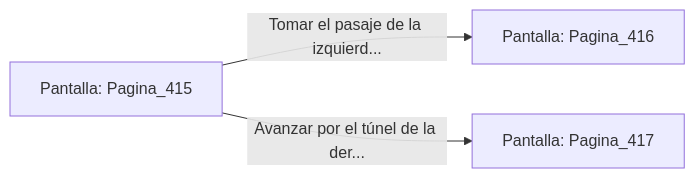
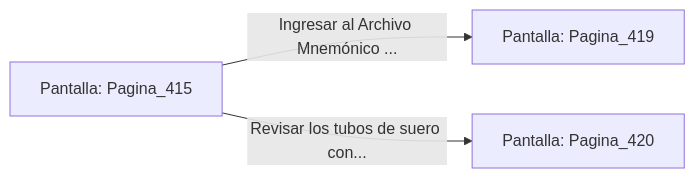
Before and after one commit to metsuke/mpl: the diagram in sample/eligejuego-vault/Pantalla_Pagina_415.md, drawn with Mermaid. The commit also changed other lines of this file and 635 other files, not shown here.

First line of the commit message:
fix: añadir Pagina_1 como pantalla inicial en capitulo_01.mpl

````diff
--- a/sample/eligejuego-vault/Pantalla_Pagina_415.md
+++ b/sample/eligejuego-vault/Pantalla_Pagina_415.md
@@ -20,6 +24,6 @@
 ```mermaid
 graph LR
     P_Pagina_415["Pantalla: Pagina_415"]
-    P_Pagina_415 -->|"Tomar el pasaje de la izquierd..."| P_Pagina_416["Pantalla: Pagina_416"]
-    P_Pagina_415 -->|"Avanzar por el túnel de la der..."| P_Pagina_417["Pantalla: Pagina_417"]
+    P_Pagina_415 -->|"Ingresar al Archivo Mnemónico ..."| P_Pagina_419["Pantalla: Pagina_419"]
+    P_Pagina_415 -->|"Revisar los tubos de suero con..."| P_Pagina_420["Pantalla: Pagina_420"]
 ```
````
